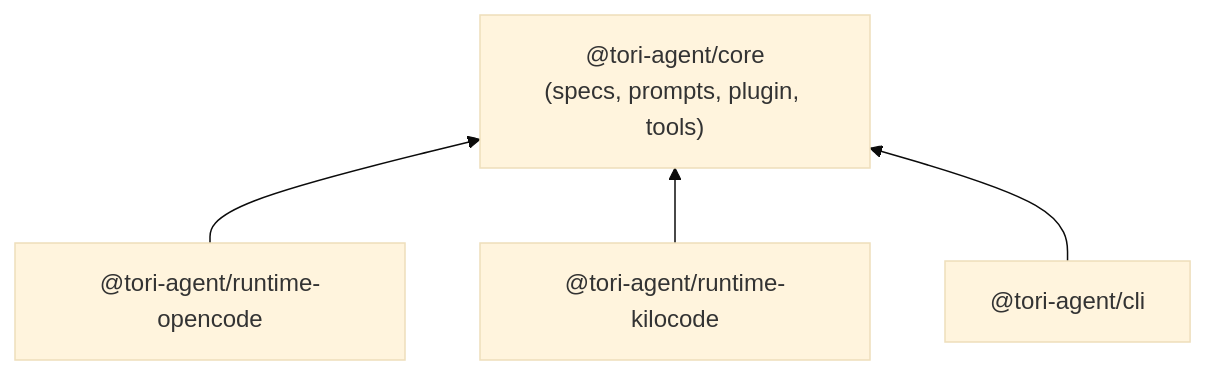
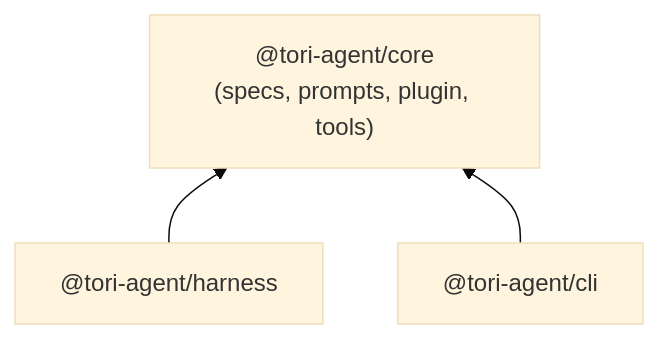
The first of 4 diagrams in ARCHITECTURE.md (dimahc/tori-agent), drawn with Mermaid (base theme) before and after one commit. The commit also changed other lines of this file and 23 other files, not shown here.

First line of the commit message:
refactor: rename runtime to harness and fix agent registration

````diff
--- a/ARCHITECTURE.md
+++ b/ARCHITECTURE.md
@@ -17,10 +17,8 @@
 ```mermaid
 flowchart BT
     Core["@tori-agent/core<br/>(specs, prompts, plugin, tools)"]
-    RO["@tori-agent/runtime-opencode"]
-    RK["@tori-agent/runtime-kilocode"]
+    RT["@tori-agent/harness"]
     CLI["@tori-agent/cli"]
-    RO --> Core
-    RK --> Core
+    RT --> Core
     CLI --> Core
 ```
````
